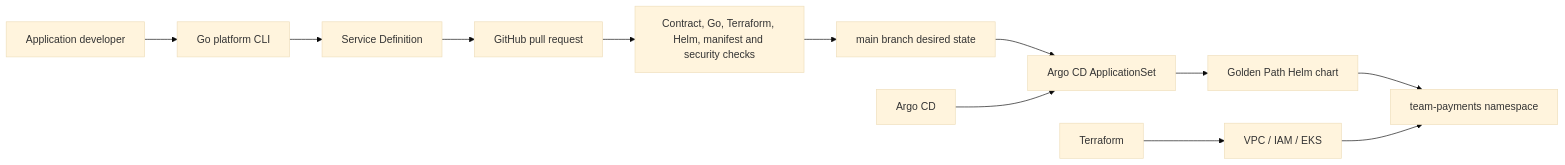
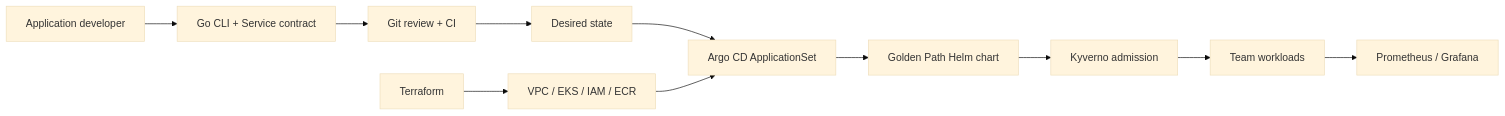
The diagram in README.md (Kkasuga904/self-service-developer-platform), drawn with Mermaid (base theme) before and after one commit. The commit also changed other lines of this file and 11 other files, not shown here.

````diff
--- a/README.md
+++ b/README.md
@@ -56,14 +57,13 @@
 ```mermaid
 flowchart LR
-  D[Application developer] --> C[Go platform CLI]
-  C --> S[Service Definition]
-  S --> PR[GitHub pull request]
-  PR --> CI[Contract, Go, Terraform, Helm, manifest and security checks]
-  CI --> G[main branch desired state]
-  G --> AS[Argo CD ApplicationSet]
-  AS --> H[Golden Path Helm chart]
-  H --> NS[team-payments namespace]
-  TF[Terraform] --> AWS[VPC / IAM / EKS]
-  AWS --> NS
-  AR[Argo CD] --> AS
+  Dev[Application developer] --> CLI[Go CLI + Service contract]
+  CLI --> PR[Git review + CI]
+  PR --> Git[Desired state]
+  Git --> AS[Argo CD ApplicationSet]
+  AS --> Helm[Golden Path Helm chart]
+  Helm --> Policy[Kyverno admission]
+  Policy --> Apps[Team workloads]
+  Apps --> Prom[Prometheus / Grafana]
+  TF[Terraform] --> AWS[VPC / EKS / IAM / ECR]
+  AWS --> AS
 ```
````
